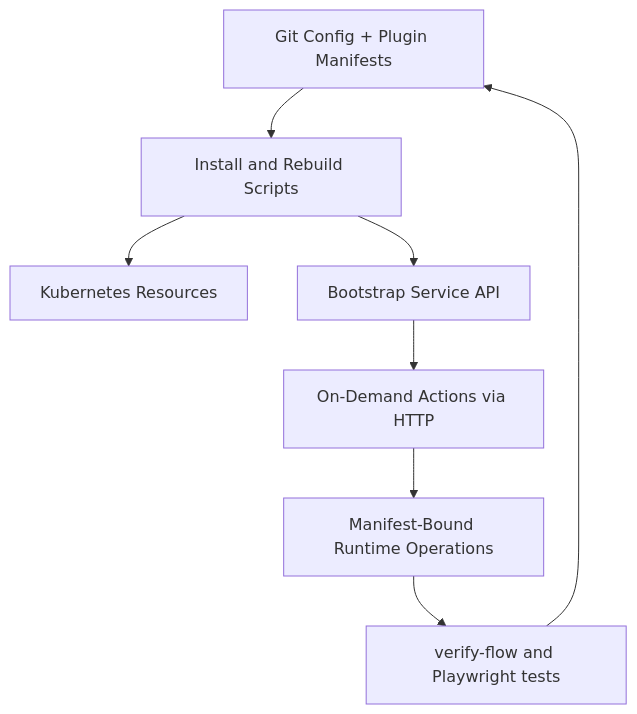
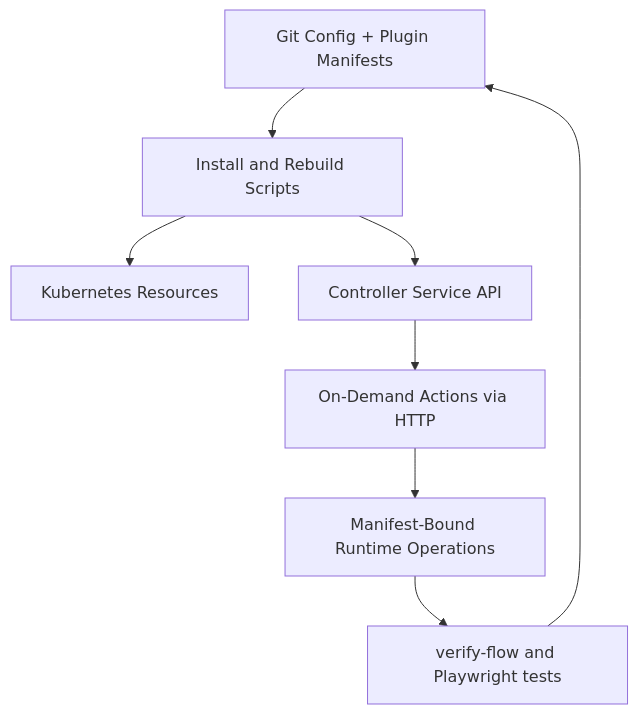
One commit to mploschiavo/mediaserver changed the third of 3 diagrams in docs/architecture.md. Above: the diagram before and after it, drawn with Mermaid. The commit also changed other lines of this file and 64 other files, not shown here.

````diff
--- a/docs/architecture.md
+++ b/docs/architecture.md
@@ -145,10 +145,10 @@
 ```mermaid
 flowchart TD
   GIT[Git Config + Plugin Manifests] --> INSTALL[Install and Rebuild Scripts]
   INSTALL --> K8S[Kubernetes Resources]
-  INSTALL --> BOOT[Bootstrap Service API]
+  INSTALL --> BOOT[Controller Service API]
   BOOT --> ACTIONS[On-Demand Actions via HTTP]
   ACTIONS --> APPS[Manifest-Bound Runtime Operations]
   APPS --> VERIFY[verify-flow and Playwright tests]
   VERIFY --> GIT
 ```
````
